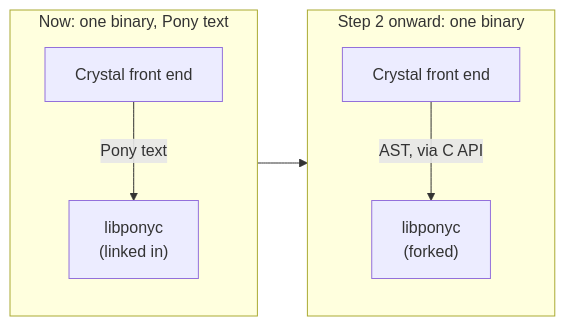
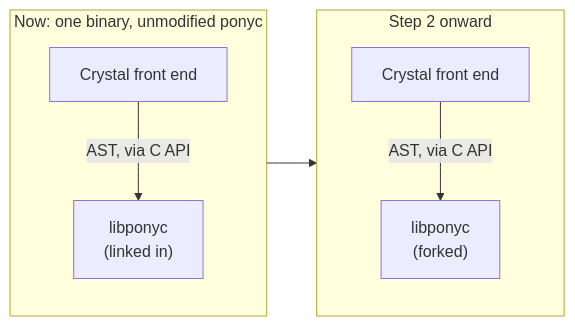
The fifth of 5 diagrams in DESIGN.md (nogginly/sparkle), drawn with Mermaid before and after one commit. The commit also changed other lines of this file and 7 other files, not shown here.

First line of the commit message:
Describe the translator as one that builds ponyc's AST

````diff
--- a/DESIGN.md
+++ b/DESIGN.md
@@ -181,10 +178,10 @@
 ```mermaid
 flowchart LR
-    subgraph Now["Now: one binary, Pony text"]
-        A1["Crystal front end"] -- "Pony text" --> A2["libponyc<br/>(linked in)"]
+    subgraph Now["Now: one binary, unmodified ponyc"]
+        A1["Crystal front end"] -- "AST, via C API" --> A2["libponyc<br/>(linked in)"]
     end
-    subgraph Later["Step 2 onward: one binary"]
+    subgraph Later["Step 2 onward"]
         B1["Crystal front end"] -- "AST, via C API" --> B2["libponyc<br/>(forked)"]
     end
     Now --> Later
 ```
````
